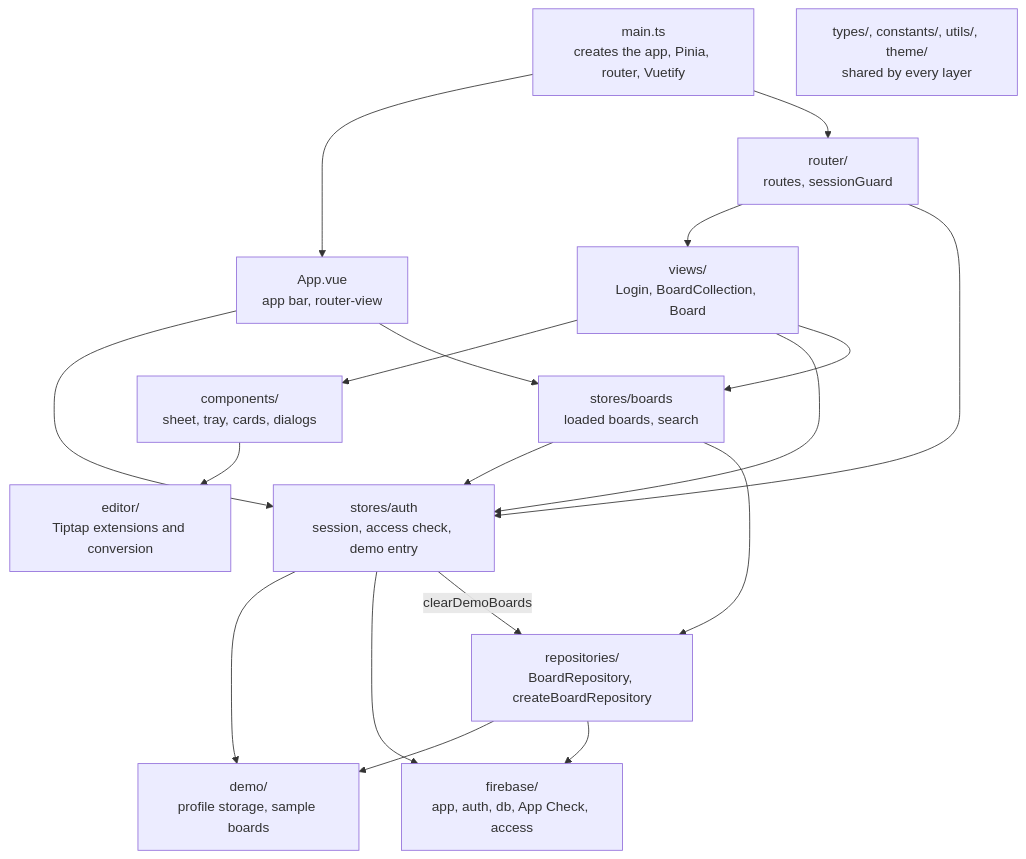
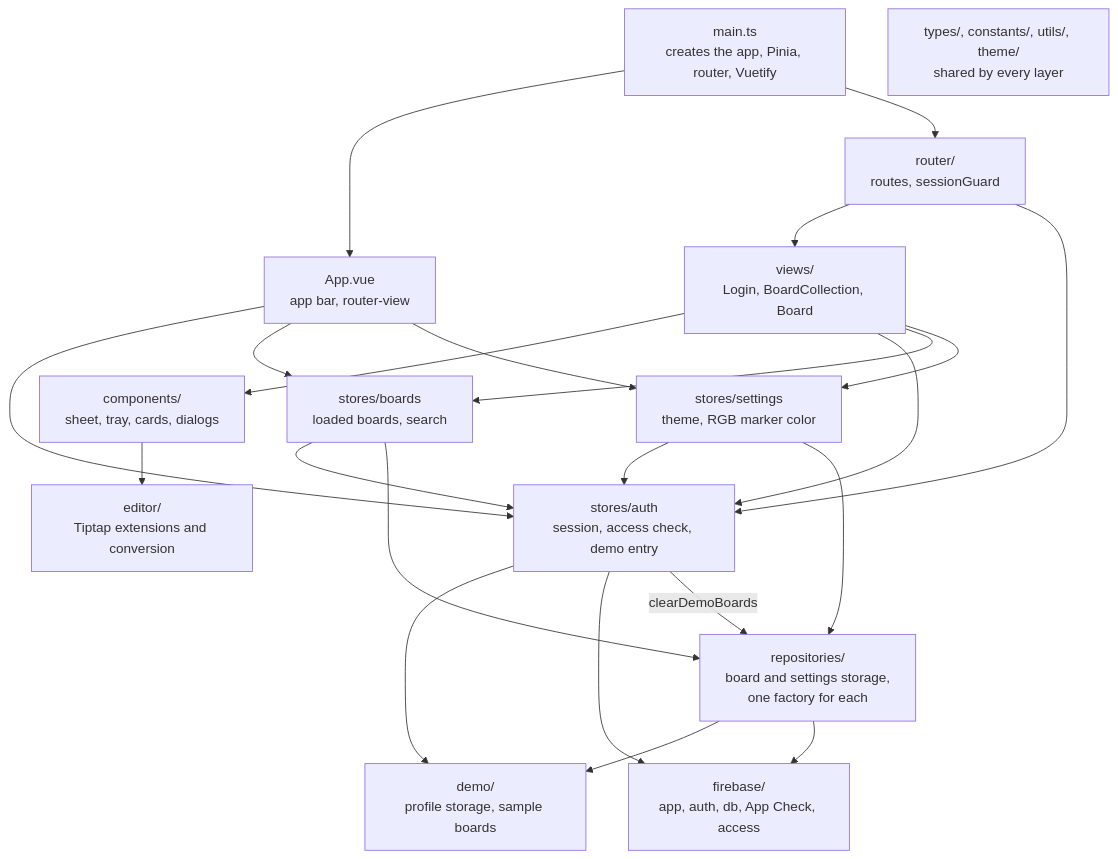
Before and after one commit to Valiance-Studios/vue-whiteboard-app: the second of 13 diagrams in ARCHITECTURE.md, drawn with Mermaid. The commit also changed other lines of this file and 33 other files, not shown here.

First line of the commit message:
Add an RGB marker and save settings per user in userSettings (#34)

````diff
--- a/ARCHITECTURE.md
+++ b/ARCHITECTURE.md
@@ -82,33 +82,38 @@
 ```mermaid
 flowchart TD
     main["main.ts<br/>creates the app, Pinia, router, Vuetify"]
     app["App.vue<br/>app bar, router-view"]
     router["router/<br/>routes, sessionGuard"]
     views["views/<br/>Login, BoardCollection, Board"]
     components["components/<br/>sheet, tray, cards, dialogs"]
     editor["editor/<br/>Tiptap extensions and conversion"]
     authStore["stores/auth<br/>session, access check, demo entry"]
     boardsStore["stores/boards<br/>loaded boards, search"]
-    repos["repositories/<br/>BoardRepository, createBoardRepository"]
+    settingsStore["stores/settings<br/>theme, RGB marker color"]
+    repos["repositories/<br/>board and settings storage,<br/>one factory for each"]
     demo["demo/<br/>profile storage, sample boards"]
     fb["firebase/<br/>app, auth, db, App Check, access"]
     shared["types/, constants/, utils/, theme/<br/>shared by every layer"]
 
     main --> app
     main --> router
     app --> authStore
     app --> boardsStore
+    app --> settingsStore
     router --> views
     router --> authStore
     views --> components
     views --> authStore
     views --> boardsStore
+    views --> settingsStore
     components --> editor
     boardsStore --> authStore
     boardsStore --> repos
+    settingsStore --> authStore
+    settingsStore --> repos
     authStore --> demo
     authStore --> fb
     authStore -- "clearDemoBoards" --> repos
     repos --> demo
     repos --> fb
 ```
````
